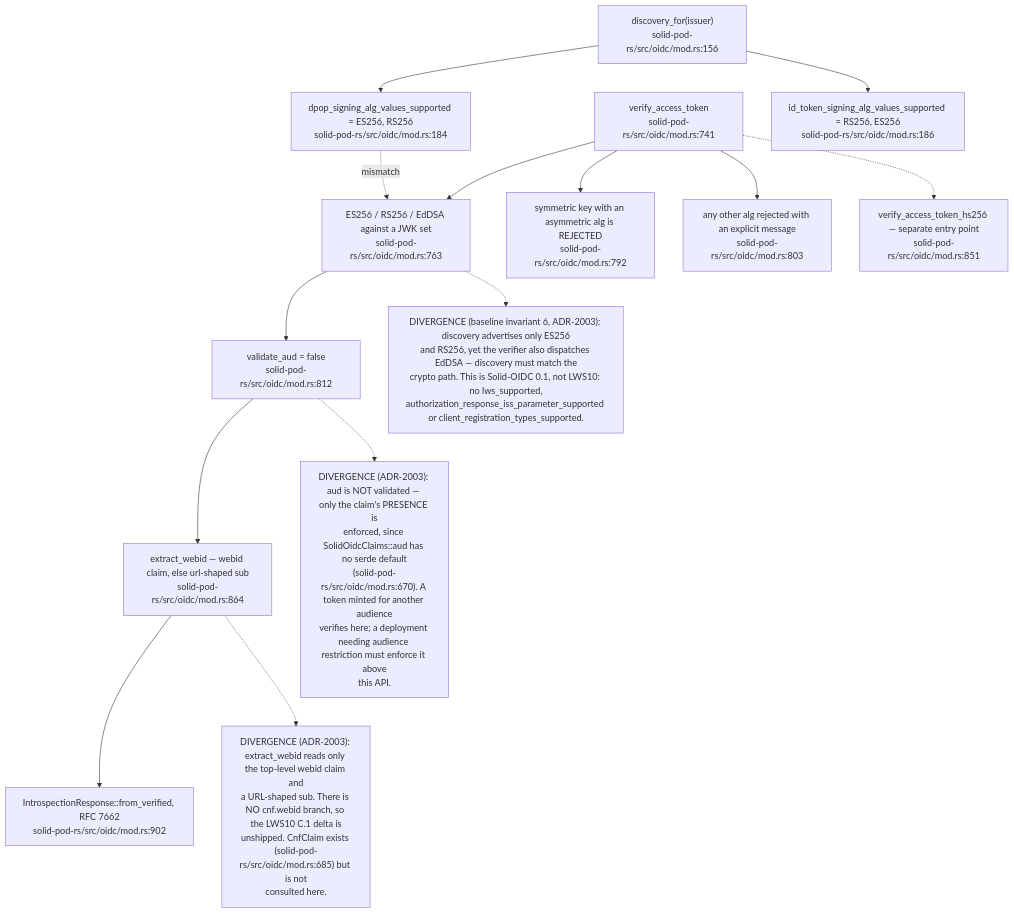
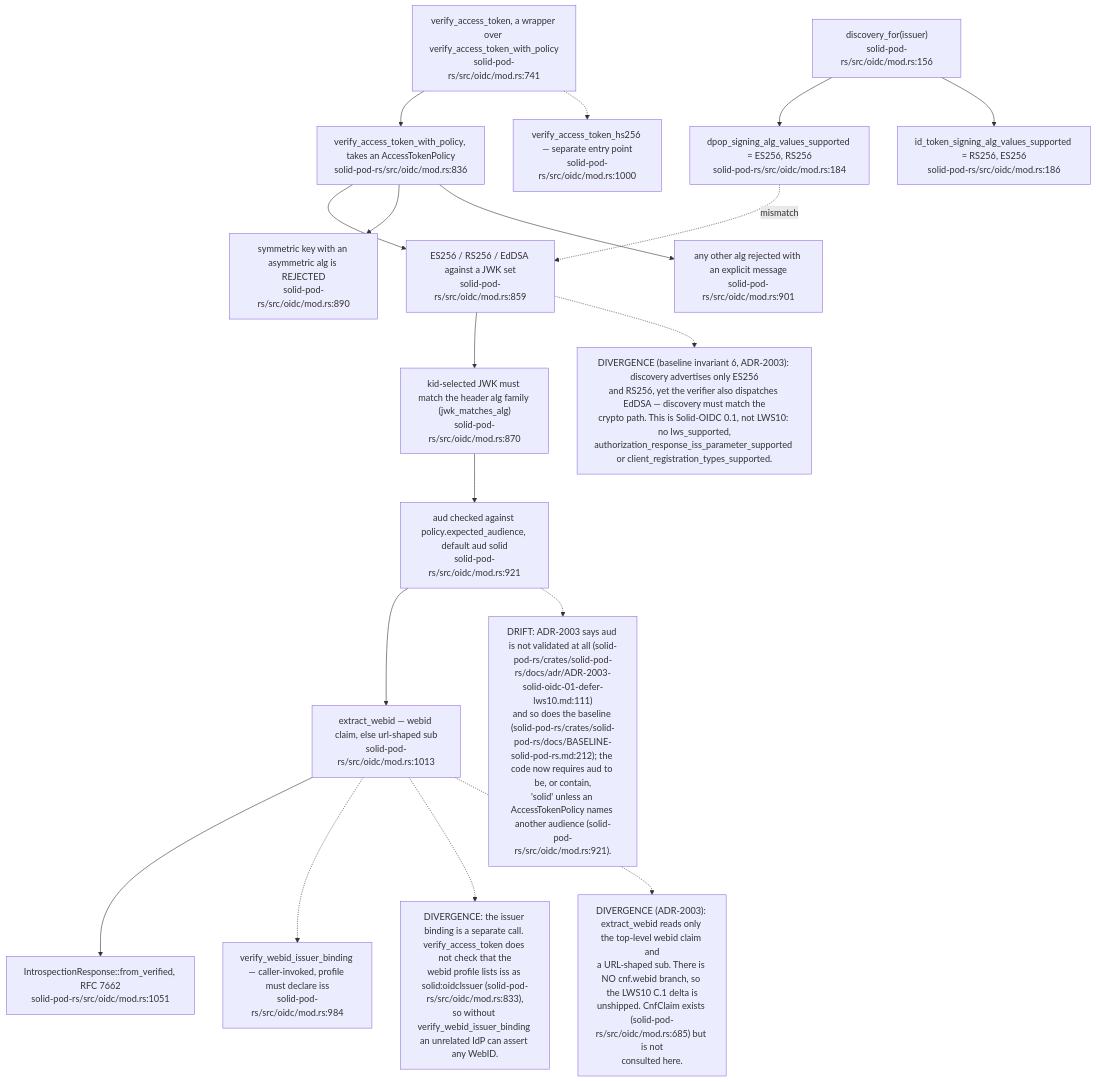
The seventh of 18 diagrams in docs/diagrams/solid-pod-rs/05-identity-nip98-did-oidc.md (DreamLab-AI/VisionFlow), drawn with Mermaid before and after one commit. The commit also changed other lines of this file and 160 other files, not shown here.

````diff
--- a/docs/diagrams/solid-pod-rs/05-identity-nip98-did-oidc.md
+++ b/docs/diagrams/solid-pod-rs/05-identity-nip98-did-oidc.md
@@ -213,29 +222,35 @@
 ```mermaid
 flowchart TD
-    VT["verify_access_token<br/>solid-pod-rs/src/oidc/mod.rs:741"]
-    ASYM["ES256 / RS256 / EdDSA against a JWK set<br/>solid-pod-rs/src/oidc/mod.rs:763"]
-    SYMR["symmetric key with an asymmetric alg is REJECTED<br/>solid-pod-rs/src/oidc/mod.rs:792"]
-    OTHER["any other alg rejected with an explicit message<br/>solid-pod-rs/src/oidc/mod.rs:803"]
-    AUD["validate_aud = false<br/>solid-pod-rs/src/oidc/mod.rs:812"]
-    WID["extract_webid — webid claim, else url-shaped sub<br/>solid-pod-rs/src/oidc/mod.rs:864"]
-    HS["verify_access_token_hs256 — separate entry point<br/>solid-pod-rs/src/oidc/mod.rs:851"]
-    INTRO["IntrospectionResponse::from_verified, RFC 7662<br/>solid-pod-rs/src/oidc/mod.rs:902"]
+    VT["verify_access_token, a wrapper over verify_access_token_with_policy<br/>solid-pod-rs/src/oidc/mod.rs:741"]
+    VTP["verify_access_token_with_policy, takes an AccessTokenPolicy<br/>solid-pod-rs/src/oidc/mod.rs:836"]
+    KID["kid-selected JWK must match the header alg family (jwk_matches_alg)<br/>solid-pod-rs/src/oidc/mod.rs:870"]
+    BIND["verify_webid_issuer_binding — caller-invoked, profile must declare iss<br/>solid-pod-rs/src/oidc/mod.rs:984"]
+    ASYM["ES256 / RS256 / EdDSA against a JWK set<br/>solid-pod-rs/src/oidc/mod.rs:859"]
+    SYMR["symmetric key with an asymmetric alg is REJECTED<br/>solid-pod-rs/src/oidc/mod.rs:890"]
+    OTHER["any other alg rejected with an explicit message<br/>solid-pod-rs/src/oidc/mod.rs:901"]
+    AUD["aud checked against policy.expected_audience, default aud solid<br/>solid-pod-rs/src/oidc/mod.rs:921"]
+    WID["extract_webid — webid claim, else url-shaped sub<br/>solid-pod-rs/src/oidc/mod.rs:1013"]
+    HS["verify_access_token_hs256 — separate entry point<br/>solid-pod-rs/src/oidc/mod.rs:1000"]
+    INTRO["IntrospectionResponse::from_verified, RFC 7662<br/>solid-pod-rs/src/oidc/mod.rs:1051"]
     DISC["discovery_for(issuer)<br/>solid-pod-rs/src/oidc/mod.rs:156"]
     ADV["dpop_signing_alg_values_supported = ES256, RS256<br/>solid-pod-rs/src/oidc/mod.rs:184"]
     IDT["id_token_signing_alg_values_supported = RS256, ES256<br/>solid-pod-rs/src/oidc/mod.rs:186"]
 
-    VT --> ASYM --> AUD --> WID --> INTRO
-    VT --> SYMR
-    VT --> OTHER
+    VT --> VTP --> ASYM --> KID --> AUD --> WID --> INTRO
+    VTP --> SYMR
+    VTP --> OTHER
+    WID -.-> BIND
     VT -.-> HS
     DISC --> ADV
     DISC --> IDT
     ADV -. "mismatch" .-> ASYM
 
-    D1["DIVERGENCE (ADR-2003): aud is NOT validated — only the claim's PRESENCE is<br/>enforced, since SolidOidcClaims::aud has no serde default<br/>(solid-pod-rs/src/oidc/mod.rs:670). A token minted for another audience<br/>verifies here; a deployment needing audience restriction must enforce it above<br/>this API."]
+    D1["DRIFT: ADR-2003 says aud is not validated at all (solid-pod-rs/crates/solid-pod-rs/docs/adr/ADR-2003-solid-oidc-01-defer-lws10.md:111)<br/>and so does the baseline (solid-pod-rs/crates/solid-pod-rs/docs/BASELINE-solid-pod-rs.md:212); the code now requires aud to be, or contain,<br/>'solid' unless an AccessTokenPolicy names another audience (solid-pod-rs/src/oidc/mod.rs:921)."]
+    D1b["DIVERGENCE: the issuer binding is a separate call. verify_access_token does not check that the<br/>webid profile lists iss as solid:oidcIssuer (solid-pod-rs/src/oidc/mod.rs:833),<br/>so without verify_webid_issuer_binding an unrelated IdP can assert any WebID."]
     AUD -.-> D1
+    WID -.-> D1b
     D2["DIVERGENCE (ADR-2003): extract_webid reads only the top-level webid claim and<br/>a URL-shaped sub. There is NO cnf.webid branch, so the LWS10 C.1 delta is<br/>unshipped. CnfClaim exists (solid-pod-rs/src/oidc/mod.rs:685) but is not<br/>consulted here."]
     WID -.-> D2
     D3["DIVERGENCE (baseline invariant 6, ADR-2003): discovery advertises only ES256<br/>and RS256, yet the verifier also dispatches EdDSA — discovery must match the<br/>crypto path. This is Solid-OIDC 0.1, not LWS10: no lws_supported,<br/>authorization_response_iss_parameter_supported or client_registration_types_supported."]
     ASYM -.-> D3
 ```
````
